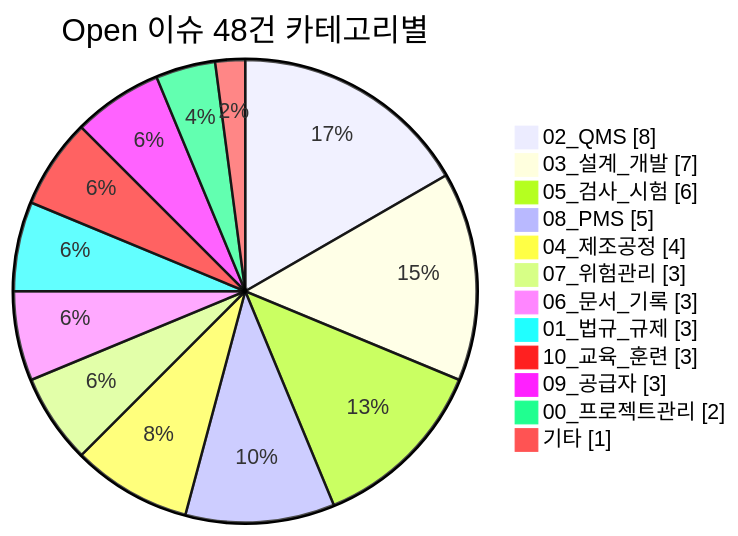
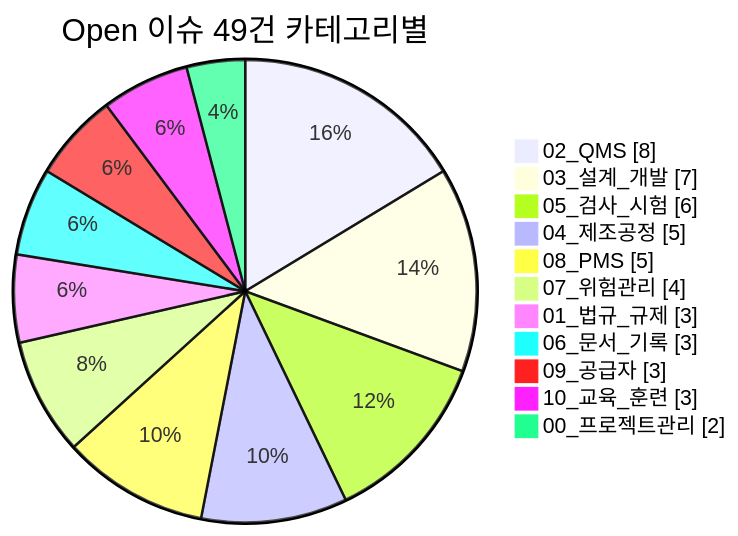
The fourth of 4 diagrams in README.md (holee9/MD-process), drawn with Mermaid before and after one commit. The commit also changed other lines of this file, not shown here.

````diff
--- a/README.md
+++ b/README.md
@@ -169,16 +169,15 @@
 ```mermaid
 pie showData
-    title Open 이슈 48건 카테고리별
+    title Open 이슈 49건 카테고리별
     "02_QMS" : 8
     "03_설계_개발" : 7
     "05_검사_시험" : 6
+    "04_제조공정" : 5
     "08_PMS" : 5
-    "04_제조공정" : 4
-    "07_위험관리" : 3
+    "07_위험관리" : 4
+    "01_법규_규제" : 3
     "06_문서_기록" : 3
-    "01_법규_규제" : 3
+    "09_공급자" : 3
     "10_교육_훈련" : 3
-    "09_공급자" : 3
     "00_프로젝트관리" : 2
-    "기타" : 1
 ```
````
